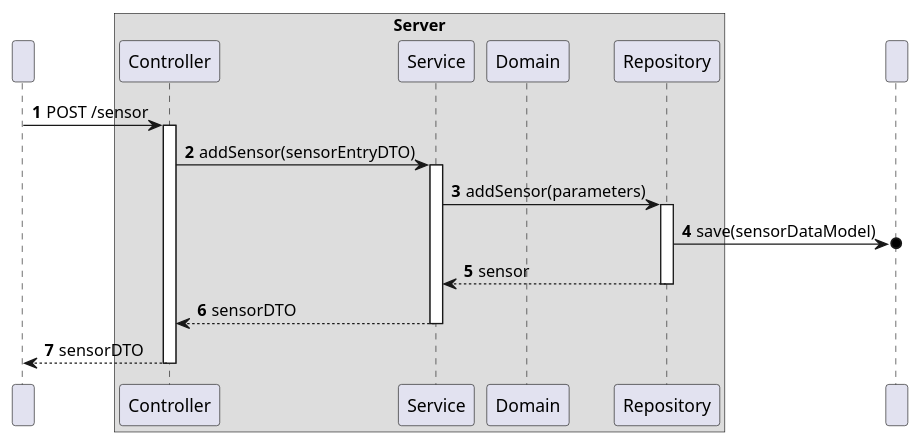
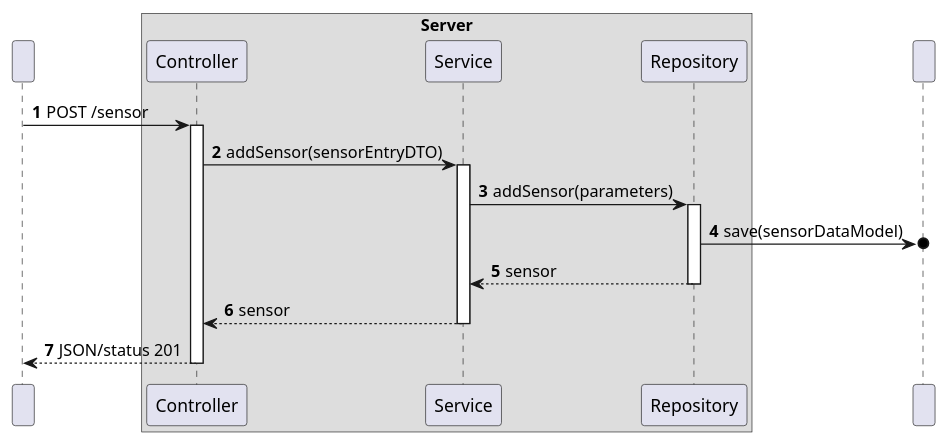
Before and after one commit to olivDiogo/SmartHome: the diagram in docs/ooa/C4_4plus1_models/Level3/ProcessView/ProcessViewLevel3_UC07.puml, drawn with PlantUML. The commit also changed 3 other files, not shown here.

```diff
--- a/docs/ooa/C4_4plus1_models/Level3/ProcessView/ProcessViewLevel3_UC07.puml
+++ b/docs/ooa/C4_4plus1_models/Level3/ProcessView/ProcessViewLevel3_UC07.puml
@@ -1,40 +1,39 @@
 @startuml
 'https://plantuml.com/sequence-diagram
 !pragma layout smetana
 
 autonumber
 
 participant " " as HTTP
 
 box "Server"
     participant "Controller" as CTRL
     participant "Service" as SV
-    participant "Domain" as DM
     participant "Repository" as RP
 
 end box
 participant " " as BD
 
 
 HTTP -> CTRL : POST /sensor
 activate CTRL
 
 CTRL -> SV : addSensor(sensorEntryDTO)
 activate SV
 
 SV -> RP : addSensor(parameters)
 activate RP
 
 RP ->o BD : save(sensorDataModel)
 
 RP --> SV : sensor
 deactivate RP
 
-SV --> CTRL : sensorDTO
+SV --> CTRL : sensor
 deactivate SV
 
-CTRL --> HTTP : sensorDTO
+CTRL --> HTTP : JSON/status 201
 deactivate CTRL
 
 
 @enduml
```
